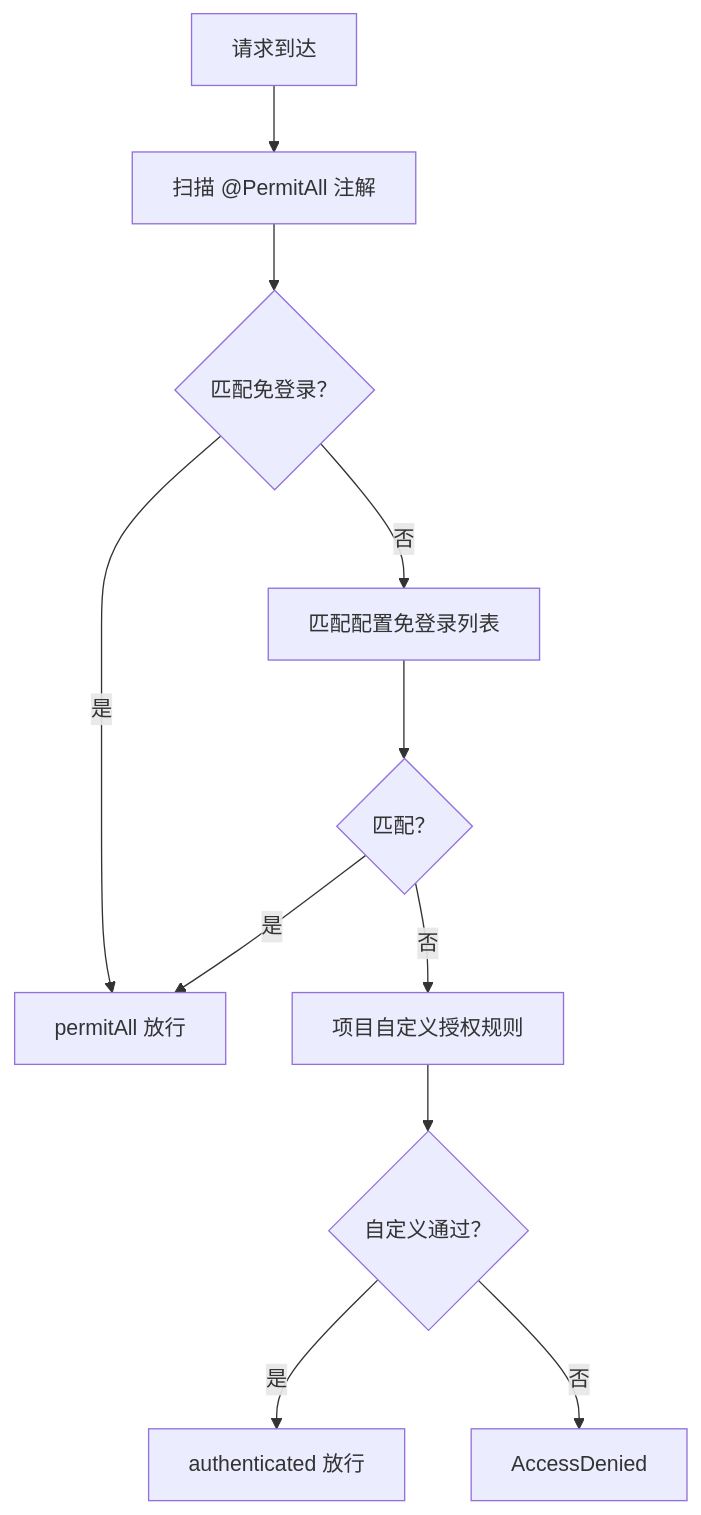
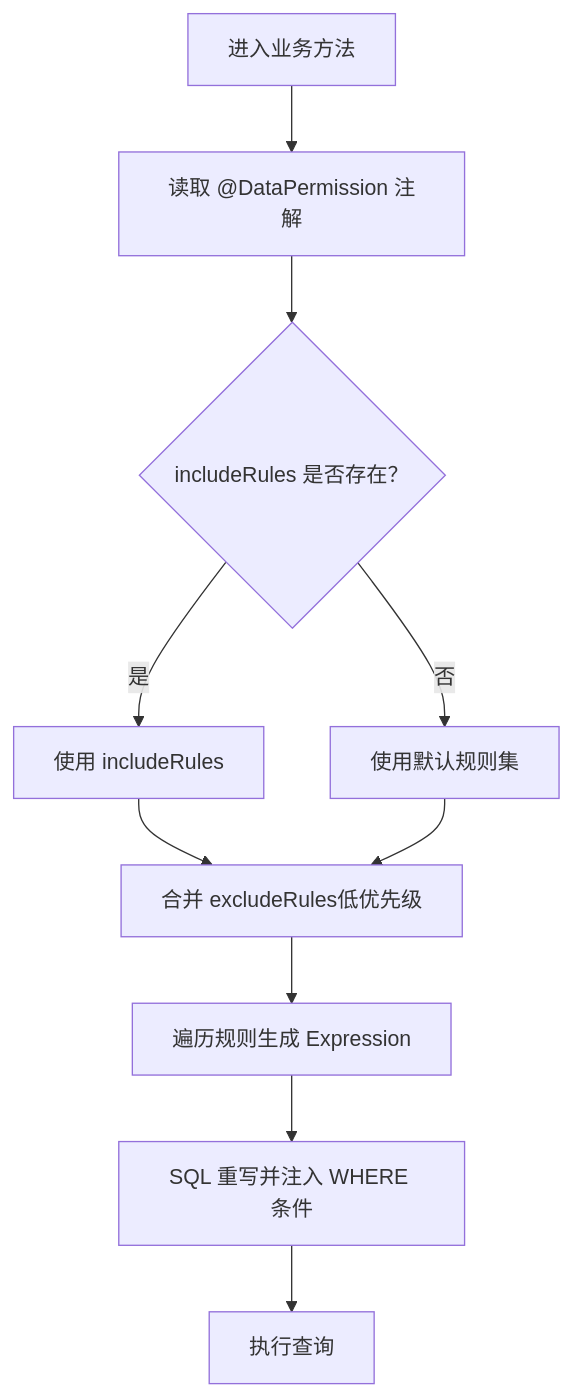
One commit to zhuangpengLI/AgenticCPS changed the fifth of 9 diagrams in .qoder/repowiki/zh/content/安全与权限/安全与权限.md. Above: the diagram before and after it, drawn with Mermaid. The commit also changed other lines of this file and 293 other files, not shown here.

````diff
--- a/.qoder/repowiki/zh/content/安全与权限/安全与权限.md
+++ b/.qoder/repowiki/zh/content/安全与权限/安全与权限.md
@@ -230,13 +285,12 @@
 ```mermaid
 flowchart TD
-A["请求到达"] --> B["扫描 @PermitAll 注解"]
-B --> C{"匹配免登录？"}
-C --> |是| D["permitAll 放行"]
-C --> |否| E["匹配配置免登录列表"]
-E --> F{"匹配？"}
-F --> |是| D
-F --> |否| G["项目自定义授权规则"]
-G --> H{"自定义通过？"}
-H --> |是| I["authenticated 放行"]
-H --> |否| J["AccessDenied"]
+A["进入业务方法"] --> B["读取 @DataPermission 注解"]
+B --> C{"includeRules 是否存在？"}
+C --> |是| D["使用 includeRules"]
+C --> |否| E["使用默认规则集"]
+D --> F["合并 excludeRules低优先级"]
+E --> F
+F --> G["遍历规则生成 Expression"]
+G --> H["SQL 重写并注入 WHERE 条件"]
+H --> I["执行查询"]
 ```
````
